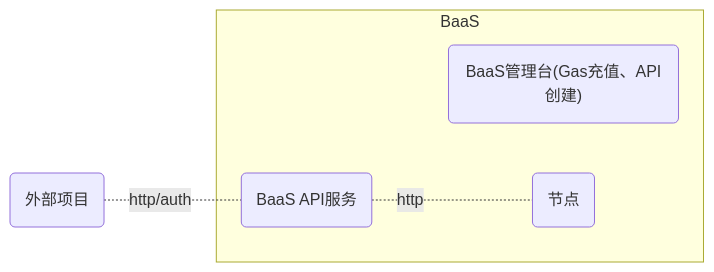
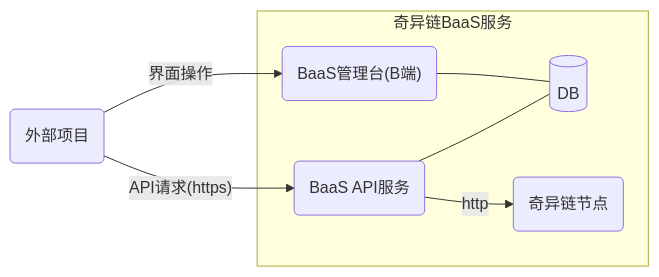
Before and after one commit to qiyichain/dev-docs: the second of 2 diagrams in docs/9.外部接入.md, drawn with Mermaid. The commit also changed other lines of this file, not shown here.

````diff
--- a/docs/9.外部接入.md
+++ b/docs/9.外部接入.md
@@ -83,12 +85,15 @@
 ```mermaid
 
 graph LR;
     EXT(外部项目)
-    subgraph BaaS
-        BAAS("BaaS管理台(Gas充值、API创建)")
+    subgraph 奇异链BaaS服务
+        BAAS("BaaS管理台(B端)")
+        DB[(DB)]
         SERVICE(BaaS API服务)
-        NODE(节点)
+        NODE(奇异链节点)
     end
-    EXT-.http/auth.-SERVICE-.http.-NODE
+    EXT--界面操作-->BAAS---DB
+    SERVICE---DB
+    EXT--"API请求(https)"-->SERVICE--http-->NODE
 
 ```
````
